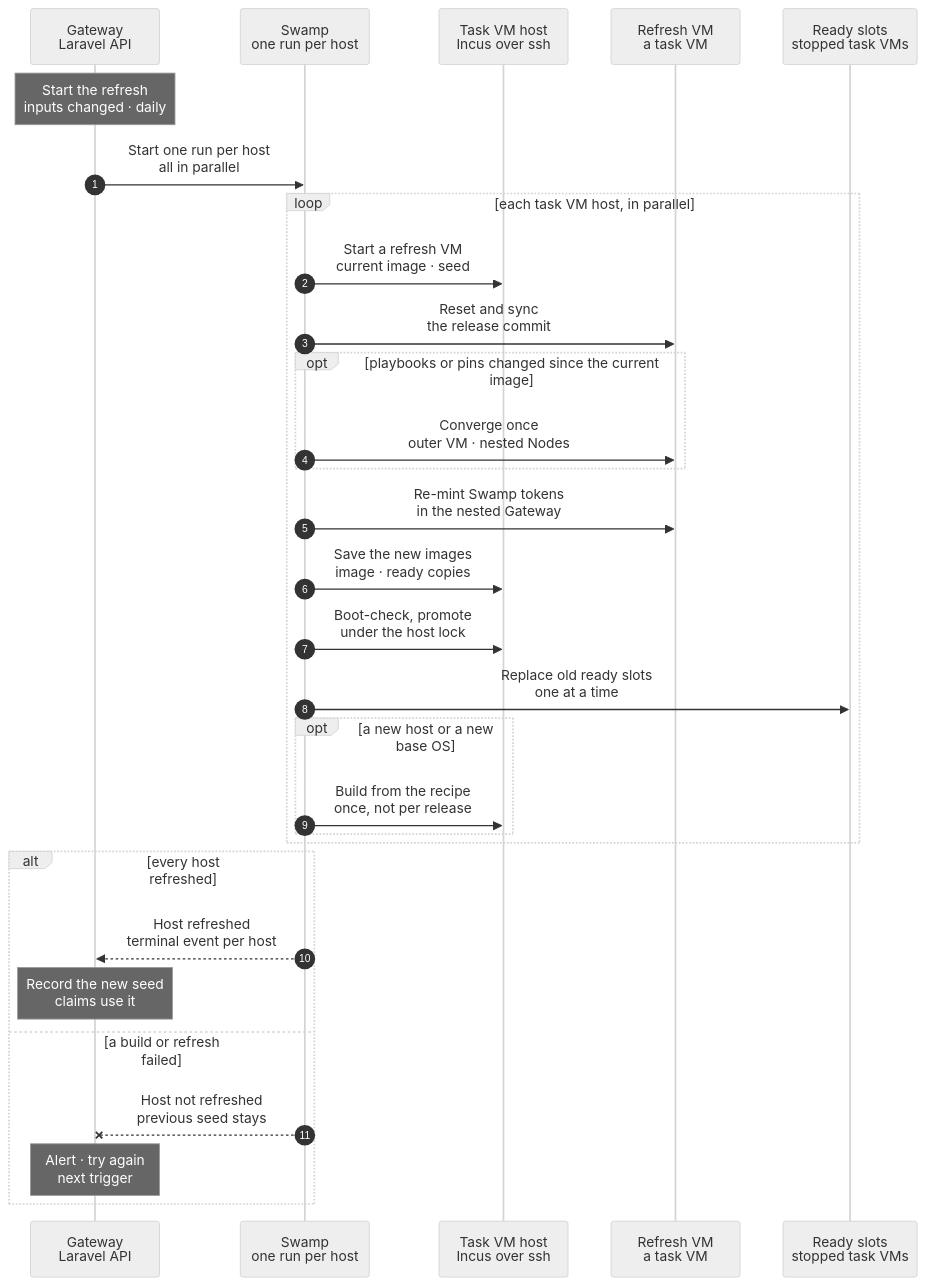
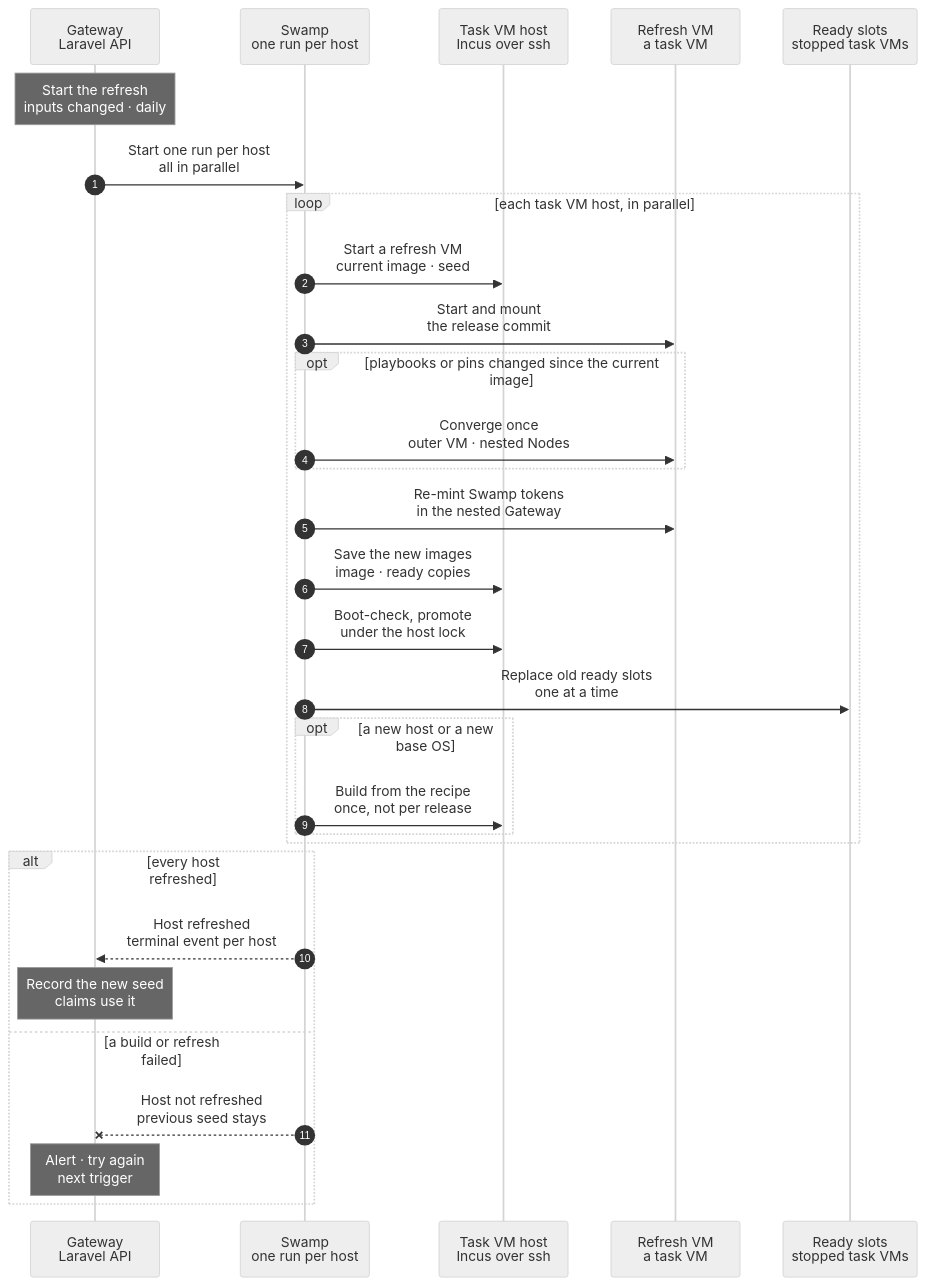
Before and after one commit to hardimpactdev/orbit: the diagram in docs/reference/pipeline/6-task-image-seed-refresh.mmd, drawn with Mermaid (neutral theme). The commit also changed 4 other files, not shown here.

First line of the commit message:
docs(pipeline): NFS-mounted checkout and self-contained ready copies

```diff
--- a/docs/reference/pipeline/6-task-image-seed-refresh.mmd
+++ b/docs/reference/pipeline/6-task-image-seed-refresh.mmd
@@ -1,87 +1,91 @@
 sequenceDiagram
   %% Target design: stage 6 of the command development pipeline (feature-flow section 7). After a release that changed playbooks, pins or lock files, and at least daily, every task VM host brings its current task image and topology seed up to the release, in parallel, and saves them as the new ones: no build from the recipe; ready slots built from the old image are replaced one at a time. Nothing is copied between hosts.
   %% status: draft
   %% command: development pipeline stage 6 · per-host task image and seed refresh
   %% kind: pipeline.6-task-image-seed-refresh
   autonumber
   %% lane GW icon=gateway pill=intent tone=blue
   %% lane SW icon=workflow pill=executes tone=green
   %% lane H icon=server pill=each host tone=amber
   %% lane VM icon=server pill=target tone=gray
   %% lane SL icon=server pill=pool tone=purple
   participant GW as Gateway<br/>Laravel API
   participant SW as Swamp<br/>one run per host
   participant H as Task VM host<br/>Incus over ssh
   participant VM as Refresh VM<br/>a task VM
   participant SL as Ready slots<br/>stopped task VMs
   Note over GW: Start the refresh<br/>inputs changed · daily
   %%> Triggers:
-  %%> - a release that went live and passed its check (stage 5), only when it changed what the images carry: playbooks, pins or lock files; a code-only release needs no refresh, because a task syncs that code in about 2 s
+  %%> - a release that went live and passed its check (stage 5), only when it changed what the images carry: playbooks, pins or lock files; a code-only release needs no refresh, because a task mounts its own checkout
   %%> - a daily schedule, so a seed never gets older than a day: the Swamp tokens in the ready copies last 24 hours and a ready copy expires after 20
   %%> Not built:
   %%> - both triggers (B8); today an operator runs `php artisan task-vms:refresh-seed HOST`
   %%> Hosts:
   %%> - Linux only: the task VM hosts beast and shark, with Incus
   %%> Requirements per host:
   %%> - an active task VM host with no refresh running and one free large slot for the refresh VM
   %%> - the Gateway has the release commit, GitHub App read access to the repository, and the proof Swamp Club key
   GW->>SW: Start one run per host<br/>all in parallel
   %%> Why:
   %%> - hosts differ in CPU, and a copy between hosts loses the storage sharing inside the seed; so each host refreshes its own
   %%> - a second admission for a host returns the open task
   loop each task VM host, in parallel
     SW->>H: Start a refresh VM<br/>current image · seed
     %%> What it does:
     %%> - starts a task VM from the host's current task image, with a clone of its current topology seed, as for any task
-    SW->>VM: Reset and sync<br/>the release commit
+    SW->>VM: Start and mount<br/>the release commit
     %%> What it does:
-    %%> - resets the nested fleet from the current ready copies and syncs the release commit into the nested Gateway and app-dev, the same sync as stage 2
-    %%> - `composer install` or `bun install` only where a lock file changed; then migrations and a Swamp reload
+    %%> - checks out the release commit in the refresh VM, with `composer install` and `bun install` where a lock file changed
+    %%> - starts the nested fleet from the current ready copies, mounts that checkout over NFS and runs the apply step, as in stage 2
     opt playbooks or pins changed since the current image
       SW->>VM: Converge once<br/>outer VM · nested Nodes
       %%> What it does:
       %%> - image playbooks on the outer VM; role playbooks and pins on the nested Nodes, through the nested Orbit's `node:converge`
       %%> - the same step as in the proof CI (stage 4)
     end
     SW->>VM: Re-mint Swamp tokens<br/>in the nested Gateway
     %%> Why:
     %%> - the tokens of the ready copies last 24 hours, so every refresh starts them fresh
     SW->>H: Save the new images<br/>image · ready copies
     %%> What it does:
     %%> - stops the nested VMs and copies them into a clone of the seed as the new ready copies, key-free: the proof Club key is deleted, every file is scanned for it, and freed blocks are trimmed
+    %%> Proposed 2026-11-05:
+    %%> - each ready copy is self-contained: its `.env`, storage, `bootstrap/cache` and database stay on its own disk; it holds no checkout, because every task VM mounts its own
+    %%> - stores the nested network with the copies: the subnet, and each Node's NIC MAC and address
+    %%> - removes the refresh VM's WireGuard key from the operator Node record, so a new task VM joins with its own key (stage 2)
     %%> - publishes the outer VM as the new task image
     SW->>H: Boot-check, promote<br/>under the host lock
     %%> What it does:
     %%> - boots a throwaway copy of each ready copy and of the image to check them, then promotes both and destroys the refresh VM
     %%> - keeps the old image and seed as `-previous`, the rollback copy; cleanup always runs
     %%> - a failed step keeps the old image and seed
     %%> Not built:
     %%> - the whole refresh from a running task VM; today the seed refresh boots a builder from the image and runs `proof-fleet reset` and `ready`, and the image is built from the recipe
     SW->>SL: Replace old ready slots<br/>one at a time
     %%> Target, not built:
     %%> - destroys a ready slot made from the old image, enrols a new one from the new image, then takes the next
     %%> - a slot is always ready; a slot in use keeps running on its own clone
     %%> - when the image did not change, nothing is replaced
     opt a new host or a new base OS
       SW->>H: Build from the recipe<br/>once, not per release
       %%> What it does:
       %%> - builds the task image from the stock image with the recipe phases (`task_vm.image_build`) and the first seed (`task_vm.seed_refresh`)
       %%> - every later release only brings these up to date
     end
   end
   alt every host refreshed
     SW-->>GW: Host refreshed<br/>terminal event per host
     %%> What it does:
     %%> - each host reports its own result; one slow host does not hold the others
     Note over GW: Record the new seed<br/>claims use it
     %%> Result:
     %%> - the next task VM and the next proof start from the new seed, which holds the running release
     %%> - no fleet test follows; the seed is checked only by its own throwaway boot
   else a build or refresh failed
     SW--xGW: Host not refreshed<br/>previous seed stays
     %%> On failure:
     %%> - the failed step is named; the host keeps the image and seed it had, and the next trigger tries again
     Note over GW: Alert · try again<br/>next trigger
     %%> Result:
     %%> - the host keeps the image and seed it had; the other hosts are not affected
   end
```
